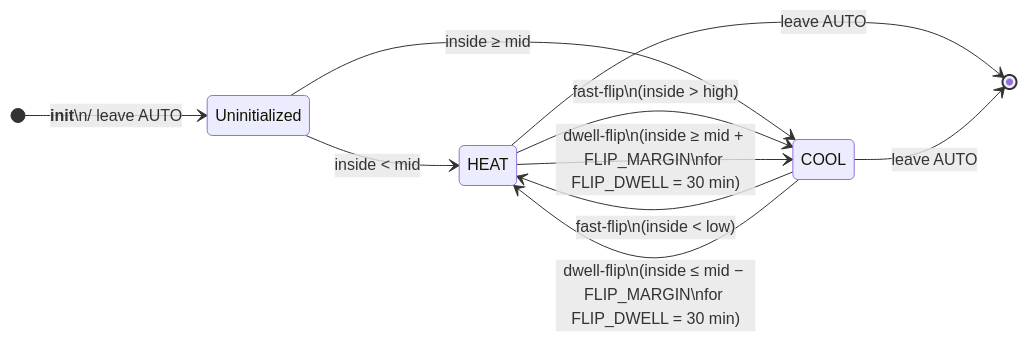
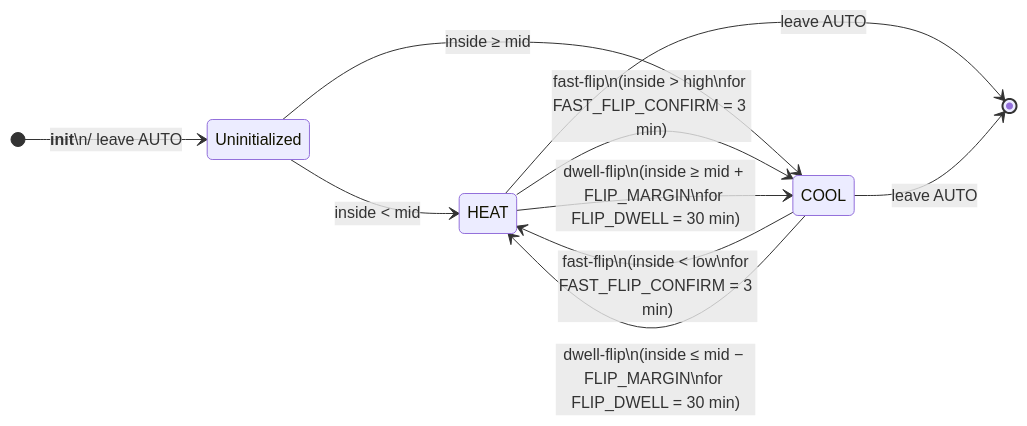
One commit to tevinflores/HASS-Comfort-Thermostat changed the diagram in docs/state-machine.md. Above: the diagram before and after it, drawn with Mermaid. The commit also changed other lines of this file and 3 other files, not shown here.

````diff
--- a/docs/state-machine.md
+++ b/docs/state-machine.md
@@ -25,16 +24,16 @@
 ```mermaid
 stateDiagram-v2
     direction LR
     [*] --> Uninitialized: __init__\n/ leave AUTO
     Uninitialized --> HEAT: inside < mid
     Uninitialized --> COOL: inside ≥ mid
 
-    HEAT --> COOL: fast-flip\n(inside > high)
-    COOL --> HEAT: fast-flip\n(inside < low)
+    HEAT --> COOL: fast-flip\n(inside > high\nfor FAST_FLIP_CONFIRM = 3 min)
+    COOL --> HEAT: fast-flip\n(inside < low\nfor FAST_FLIP_CONFIRM = 3 min)
 
     HEAT --> COOL: dwell-flip\n(inside ≥ mid + FLIP_MARGIN\nfor FLIP_DWELL = 30 min)
     COOL --> HEAT: dwell-flip\n(inside ≤ mid − FLIP_MARGIN\nfor FLIP_DWELL = 30 min)
 
     HEAT --> [*]: leave AUTO
     COOL --> [*]: leave AUTO
 ```
````
